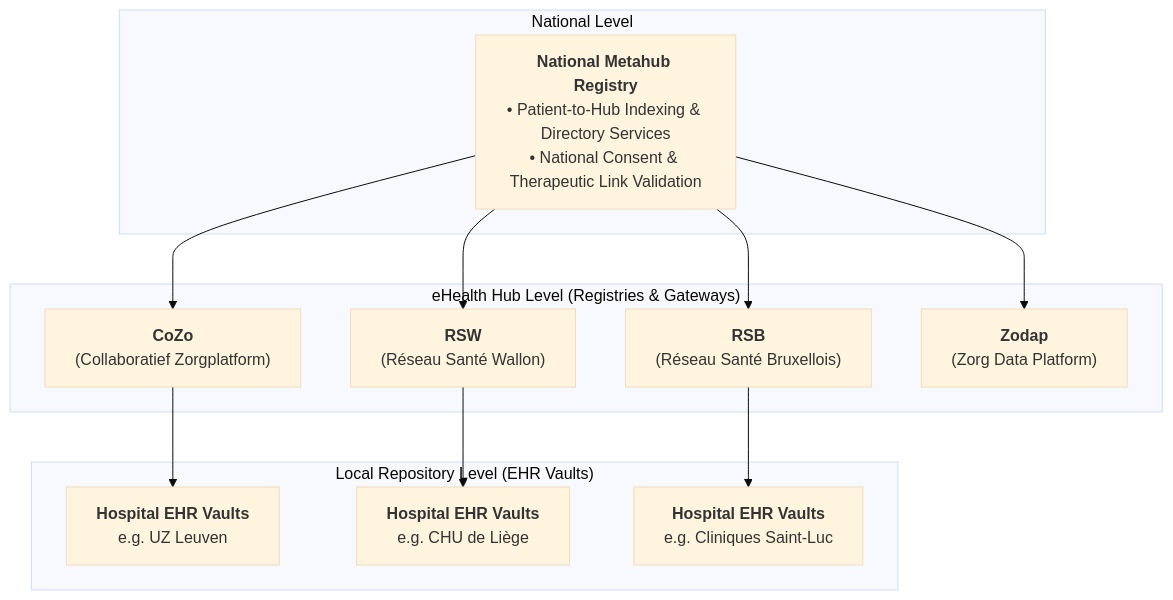
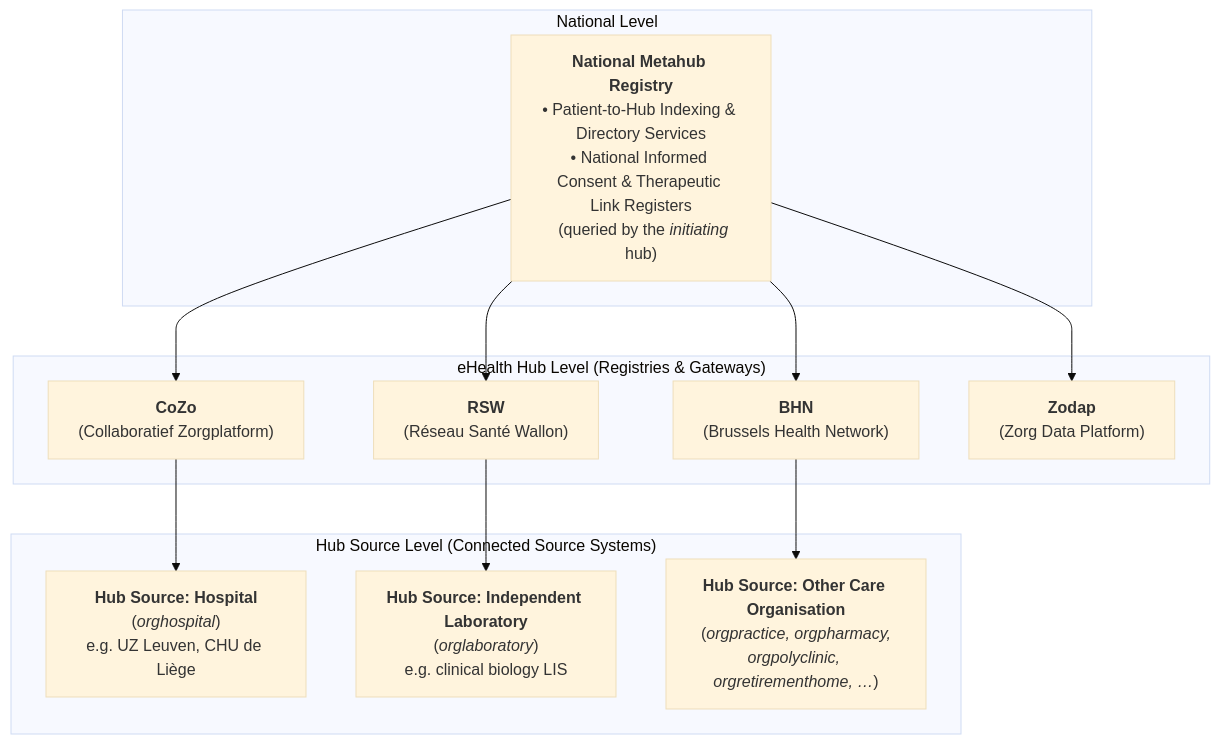
One commit to Erwin-Bellon/hubsharing changed the first of 3 diagrams in input/pagecontent/architecture.md. Above: the diagram before and after it, drawn with Mermaid (base theme). The commit also changed other lines of this file and 17 other files, not shown here.

````diff
--- a/input/pagecontent/architecture.md
+++ b/input/pagecontent/architecture.md
@@ -9,28 +15,28 @@
 ```mermaid
 flowchart TD
     subgraph MetahubLayer["National Level"]
-        Metahub["<b>National Metahub Registry</b><br/>• Patient-to-Hub Indexing & Directory Services<br/>• National Consent & Therapeutic Link Validation"]
+        Metahub["<b>National Metahub Registry</b><br/>• Patient-to-Hub Indexing & Directory Services<br/>• National Informed Consent & Therapeutic Link Registers<br/>&nbsp;&nbsp;(queried by the <i>initiating</i> hub)"]
     end
 
     subgraph RegionalLayer["eHealth Hub Level (Registries & Gateways)"]
         CoZo["<b>CoZo</b><br/>(Collaboratief Zorgplatform)"]
         RSW["<b>RSW</b><br/>(Réseau Santé Wallon)"]
-        RSB["<b>RSB</b><br/>(Réseau Santé Bruxellois)"]
+        BHN["<b>BHN</b><br/>(Brussels Health Network)"]
         Zodap["<b>Zodap</b><br/>(Zorg Data Platform)"]
     end
 
-    subgraph LocalLayer["Local Repository Level (EHR Vaults)"]
-        UZL["<b>Hospital EHR Vaults</b><br/>e.g. UZ Leuven"]
-        CHU["<b>Hospital EHR Vaults</b><br/>e.g. CHU de Liège"]
-        SaintLuc["<b>Hospital EHR Vaults</b><br/>e.g. Cliniques Saint-Luc"]
+    subgraph LocalLayer["Hub Source Level (Connected Source Systems)"]
+        SrcHosp["<b>Hub Source: Hospital</b><br/>(<i>orghospital</i>)<br/>e.g. UZ Leuven, CHU de Liège"]
+        SrcLab["<b>Hub Source: Independent Laboratory</b><br/>(<i>orglaboratory</i>)<br/>e.g. clinical biology LIS"]
+        SrcOther["<b>Hub Source: Other Care Organisation</b><br/>(<i>orgpractice, orgpharmacy,</i><br/><i>orgpolyclinic, orgretirementhome, …</i>)"]
     end
 
     Metahub --> CoZo
     Metahub --> RSW
-    Metahub --> RSB
+    Metahub --> BHN
     Metahub --> Zodap
 
-    CoZo --> UZL
-    RSW --> CHU
-    RSB --> SaintLuc
+    CoZo --> SrcHosp
+    RSW --> SrcLab
+    BHN --> SrcOther
 ```
````
